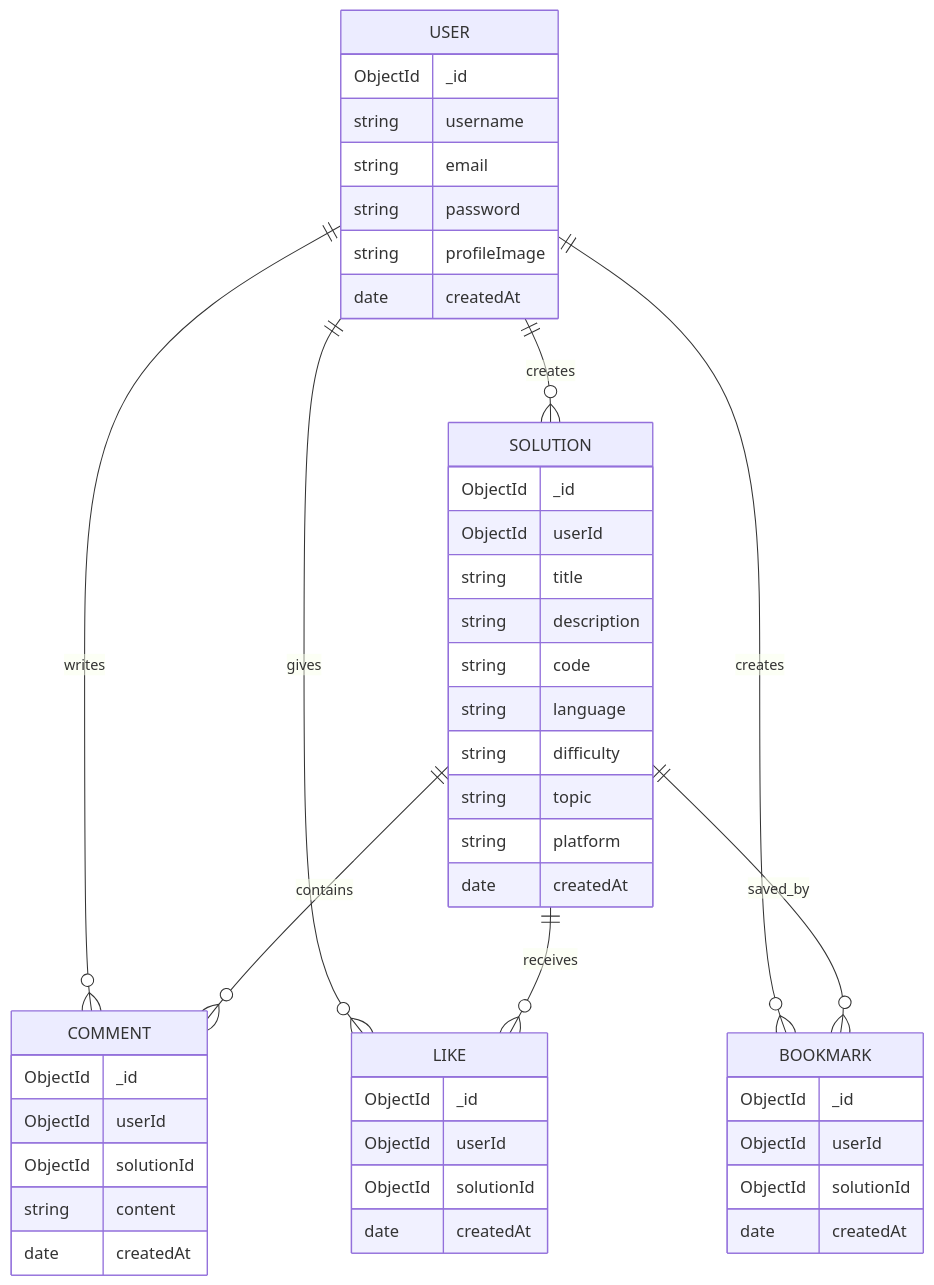
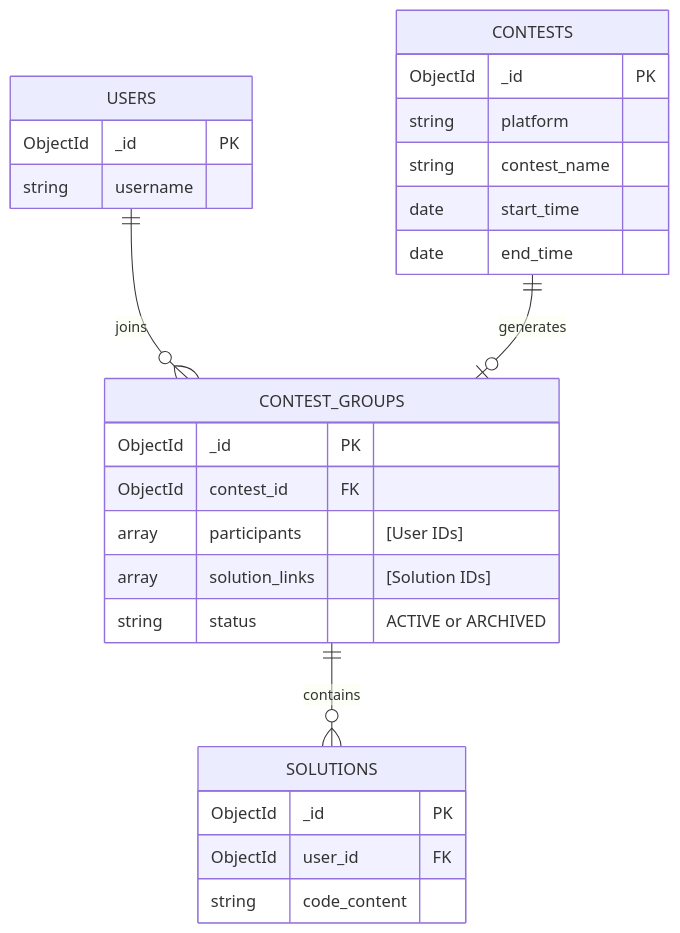
Before and after one commit to sanchit037nit/Services: the fifth of 5 diagrams in README.md, drawn with Mermaid. The commit also changed other lines of this file and 250 other files, not shown here.

````diff
--- a/README.md
+++ b/README.md
@@ -435,56 +119,30 @@
 ```mermaid
 erDiagram
-
-    USER ||--o{ SOLUTION : creates
-    USER ||--o{ COMMENT : writes
-    USER ||--o{ BOOKMARK : creates
-    USER ||--o{ LIKE : gives
-
-    SOLUTION ||--o{ COMMENT : contains
-    SOLUTION ||--o{ LIKE : receives
-    SOLUTION ||--o{ BOOKMARK : saved_by
-
-    USER {
-        ObjectId _id
+    USERS {
+        ObjectId _id PK
         string username
-        string email
-        string password
-        string profileImage
-        date createdAt
     }
-
-    SOLUTION {
-        ObjectId _id
-        ObjectId userId
-        string title
-        string description
-        string code
-        string language
-        string difficulty
-        string topic
+    SOLUTIONS {
+        ObjectId _id PK
+        ObjectId user_id FK
+        string code_content
+    }
+    CONTESTS {
+        ObjectId _id PK
         string platform
-        date createdAt
+        string contest_name
+        date start_time
+        date end_time
     }
-
-    COMMENT {
-        ObjectId _id
-        ObjectId userId
-        ObjectId solutionId
-        string content
-        date createdAt
+    CONTEST_GROUPS {
+        ObjectId _id PK
+        ObjectId contest_id FK
+        array participants "[User IDs]"
+        array solution_links "[Solution IDs]"
+        string status "ACTIVE or ARCHIVED"
     }
-
-    BOOKMARK {
-        ObjectId _id
-        ObjectId userId
-        ObjectId solutionId
-        date createdAt
-    }
-
-    LIKE {
-        ObjectId _id
-        ObjectId userId
-        ObjectId solutionId
-        date createdAt
-    }
+    
+    USERS ||--o{ CONTEST_GROUPS : "joins"
+    CONTESTS ||--o| CONTEST_GROUPS : "generates"
+    CONTEST_GROUPS ||--o{ SOLUTIONS : "contains"
 ```
````
